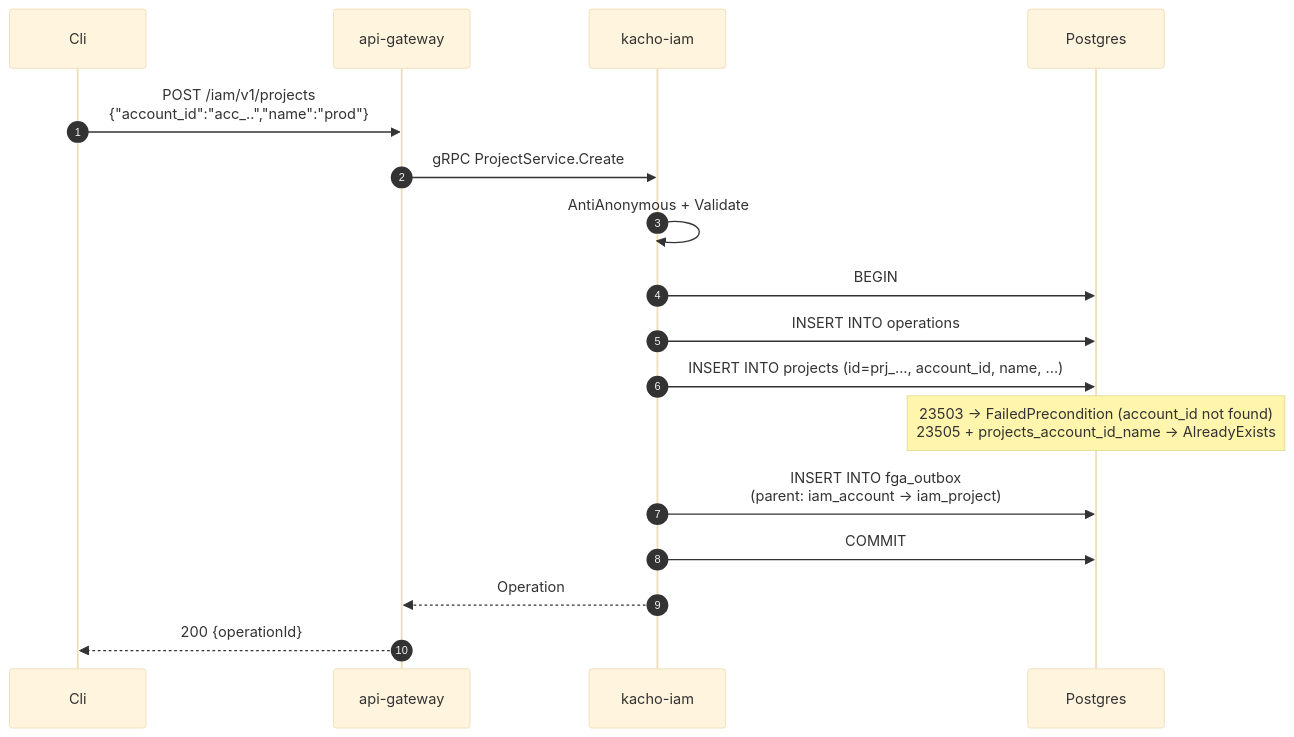
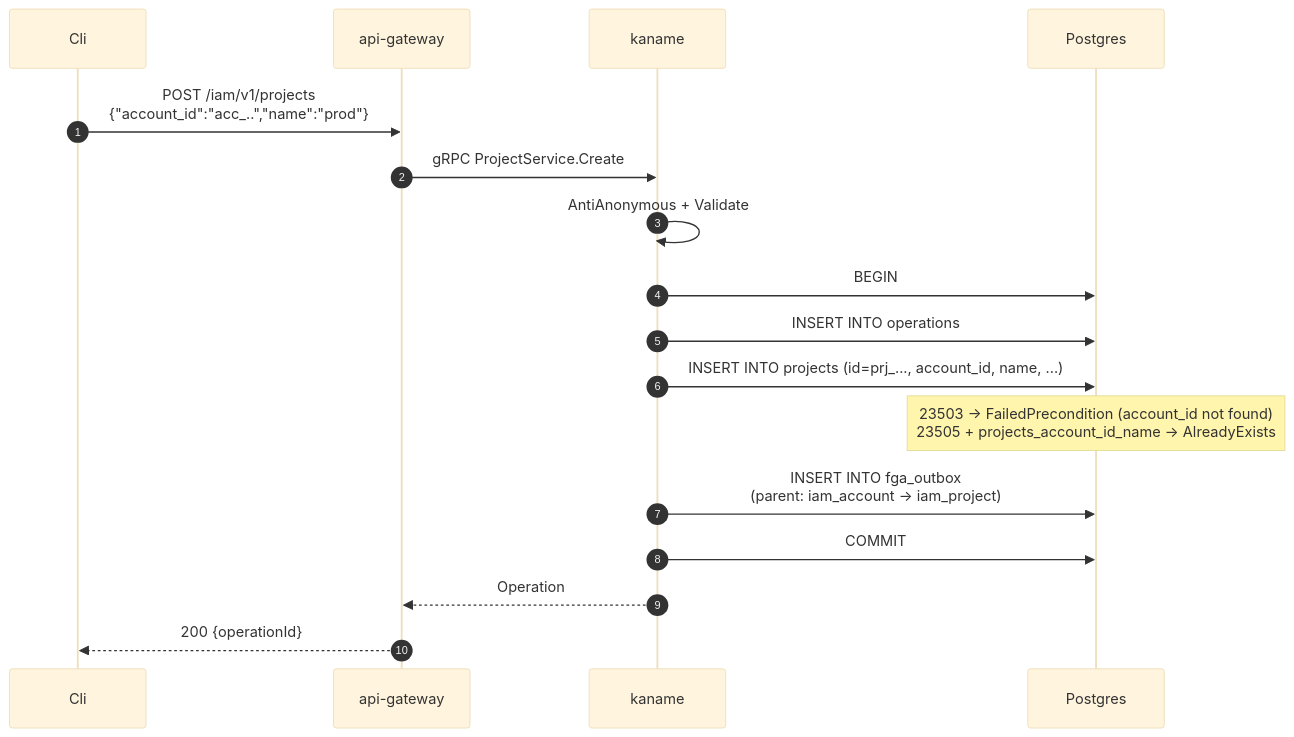
Before and after one commit to PRO-Robotech/kacho: the diagram in services/iam/docs/engineering/components/02-project.md, drawn with Mermaid (base theme). The commit also changed other lines of this file and 5005 other files, not shown here.

````diff
--- a/services/iam/docs/engineering/components/02-project.md
+++ b/services/iam/docs/engineering/components/02-project.md
@@ -79,20 +79,20 @@
 ```mermaid
 sequenceDiagram
     autonumber
     participant Cli
     participant GW as api-gateway
-    participant IAM as kacho-iam
+    participant IAM as kaname
     participant DB as Postgres
 
     Cli->>GW: POST /iam/v1/projects<br/>{"account_id":"acc_..","name":"prod"}
     GW->>IAM: gRPC ProjectService.Create
     IAM->>IAM: AntiAnonymous + Validate
     IAM->>DB: BEGIN
     IAM->>DB: INSERT INTO operations
     IAM->>DB: INSERT INTO projects (id=prj_..., account_id, name, ...)
     Note over DB: 23503 → FailedPrecondition (account_id not found)<br/>23505 + projects_account_id_name → AlreadyExists
     IAM->>DB: INSERT INTO fga_outbox<br/>(parent: iam_account → iam_project)
     IAM->>DB: COMMIT
     IAM-->>GW: Operation
     GW-->>Cli: 200 {operationId}
 ```
````
